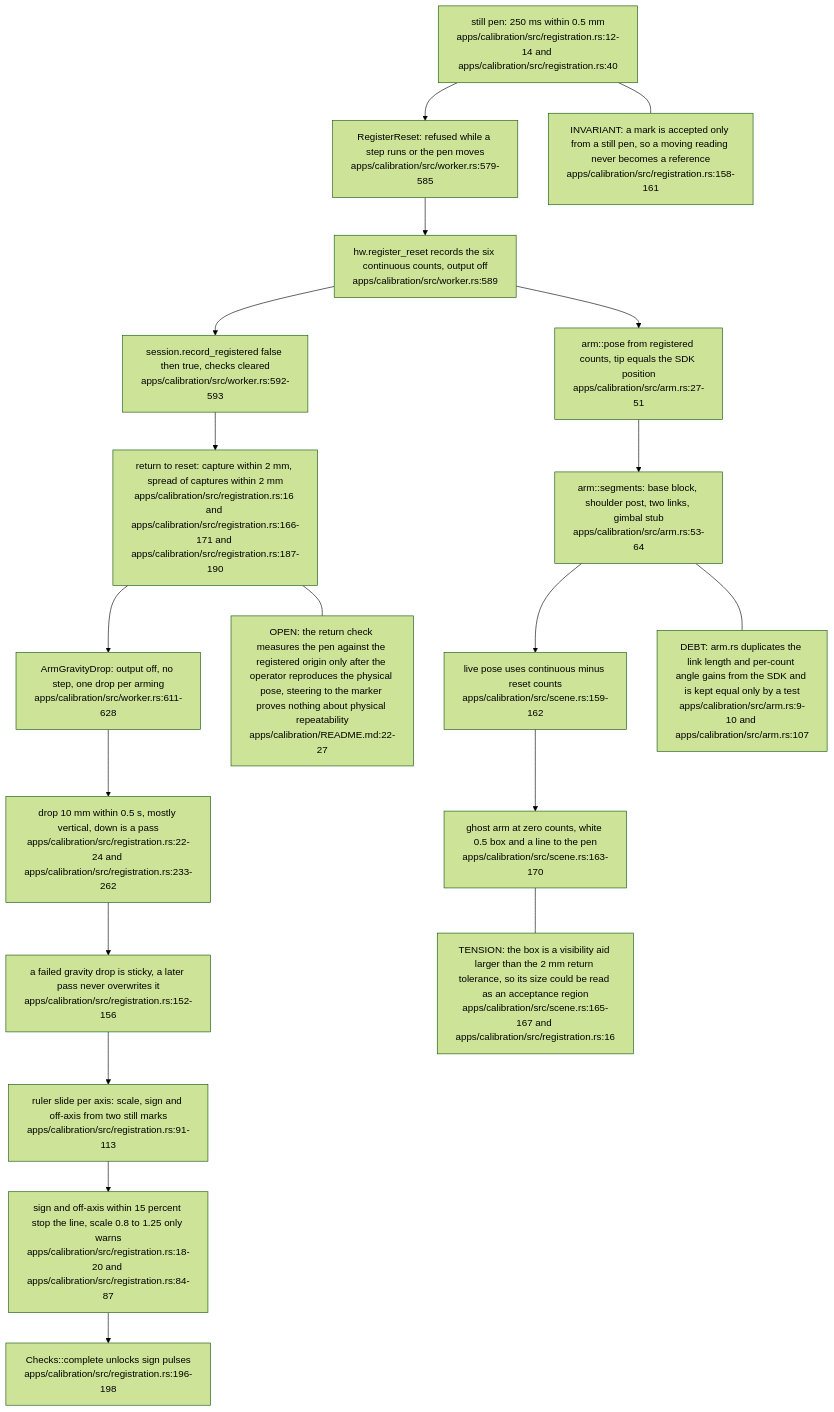
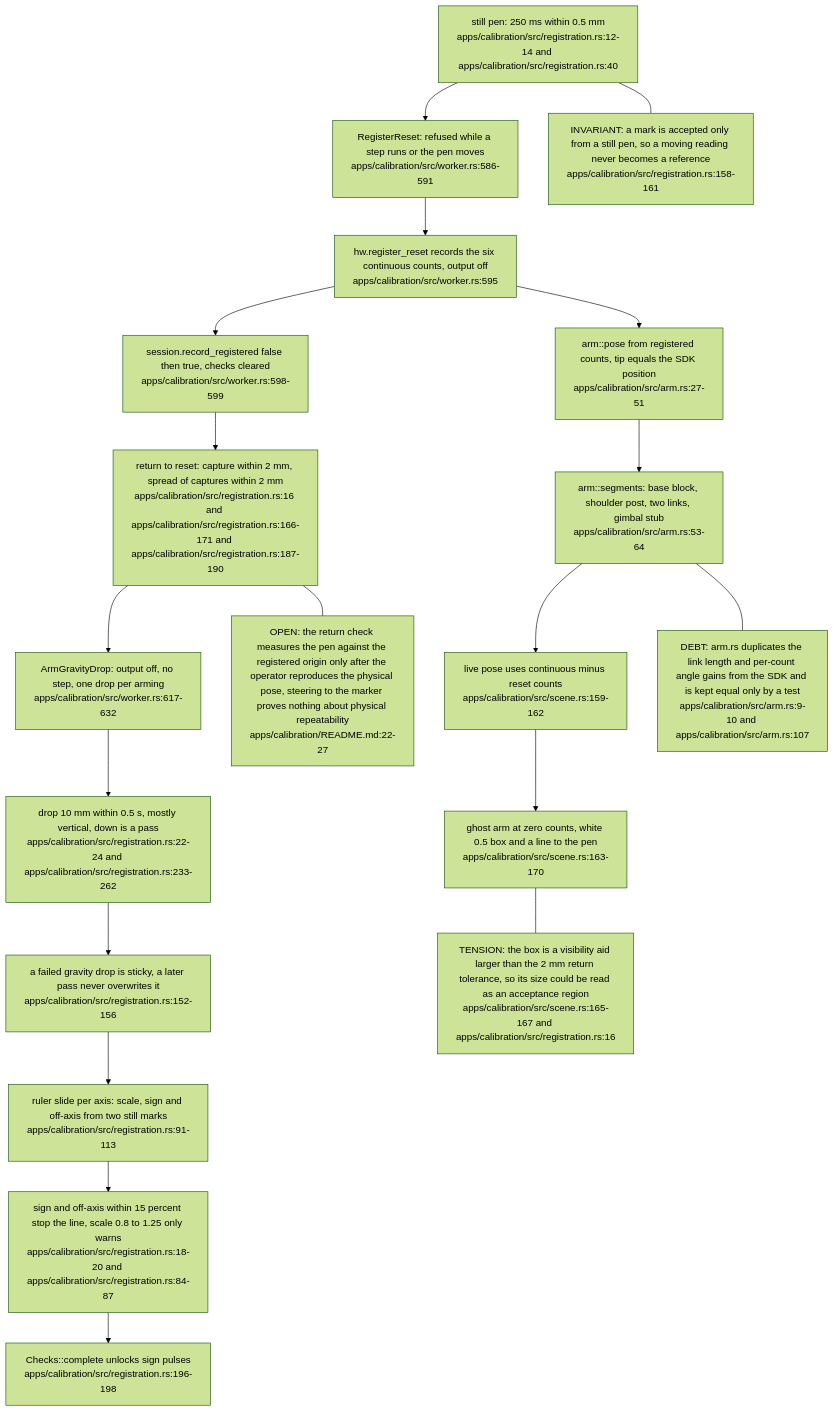
One commit to DreamLab-AI/VisionFlow changed the fourth of 6 diagrams in docs/diagrams/visiontouch-rs/08-calibration-studio-and-verification-ladder.md. Above: the diagram before and after it, drawn with Mermaid (forest theme). The commit also changed other lines of this file and 9 other files, not shown here.

Commit message:
docs(diagrams): re-stamp VT-01 to VT-08 at visiontouch-rs 77898bc

````diff
--- a/docs/diagrams/visiontouch-rs/08-calibration-studio-and-verification-ladder.md
+++ b/docs/diagrams/visiontouch-rs/08-calibration-studio-and-verification-ladder.md
@@ -170,40 +176,40 @@
 ```mermaid
 flowchart TB
     STILL["still pen: 250 ms within 0.5 mm<br/>apps/calibration/src/registration.rs:12-14 and apps/calibration/src/registration.rs:40"]
-    REGC["RegisterReset: refused while a step runs or the pen moves<br/>apps/calibration/src/worker.rs:579-585"]
-    SDK["hw.register_reset records the six continuous counts, output off<br/>apps/calibration/src/worker.rs:589"]
-    RESET["session.record_registered false then true, checks cleared<br/>apps/calibration/src/worker.rs:592-593"]
+    REGC["RegisterReset: refused while a step runs or the pen moves<br/>apps/calibration/src/worker.rs:586-591"]
+    SDK["hw.register_reset records the six continuous counts, output off<br/>apps/calibration/src/worker.rs:595"]
+    RESET["session.record_registered false then true, checks cleared<br/>apps/calibration/src/worker.rs:598-599"]
     RET["return to reset: capture within 2 mm, spread of captures within 2 mm<br/>apps/calibration/src/registration.rs:16 and apps/calibration/src/registration.rs:166-171 and apps/calibration/src/registration.rs:187-190"]
-    ARMG["ArmGravityDrop: output off, no step, one drop per arming<br/>apps/calibration/src/worker.rs:611-628"]
+    ARMG["ArmGravityDrop: output off, no step, one drop per arming<br/>apps/calibration/src/worker.rs:617-632"]
     GRAV["drop 10 mm within 0.5 s, mostly vertical, down is a pass<br/>apps/calibration/src/registration.rs:22-24 and apps/calibration/src/registration.rs:233-262"]
     STICKY["a failed gravity drop is sticky, a later pass never overwrites it<br/>apps/calibration/src/registration.rs:152-156"]
     RULER["ruler slide per axis: scale, sign and off-axis from two still marks<br/>apps/calibration/src/registration.rs:91-113"]
     RULEOK["sign and off-axis within 15 percent stop the line, scale 0.8 to 1.25 only warns<br/>apps/calibration/src/registration.rs:18-20 and apps/calibration/src/registration.rs:84-87"]
     DONE["Checks::complete unlocks sign pulses<br/>apps/calibration/src/registration.rs:196-198"]
     POSE["arm::pose from registered counts, tip equals the SDK position<br/>apps/calibration/src/arm.rs:27-51"]
     WIRE["arm::segments: base block, shoulder post, two links, gimbal stub<br/>apps/calibration/src/arm.rs:53-64"]
     LIVE["live pose uses continuous minus reset counts<br/>apps/calibration/src/scene.rs:159-162"]
     GHOST["ghost arm at zero counts, white 0.5 box and a line to the pen<br/>apps/calibration/src/scene.rs:163-170"]
     STILL --> REGC
     REGC --> SDK
     SDK --> RESET
     RESET --> RET
     RET --> ARMG
     ARMG --> GRAV
     GRAV --> STICKY
     STICKY --> RULER
     RULER --> RULEOK
     RULEOK --> DONE
     SDK --> POSE
     POSE --> WIRE
     WIRE --> LIVE
     LIVE --> GHOST
     N1["INVARIANT: a mark is accepted only from a still pen, so a moving reading never becomes a reference<br/>apps/calibration/src/registration.rs:158-161"]
     N2["DEBT: arm.rs duplicates the link length and per-count angle gains from the SDK and is kept equal only by a test<br/>apps/calibration/src/arm.rs:9-10 and apps/calibration/src/arm.rs:107"]
     N3["TENSION: the box is a visibility aid larger than the 2 mm return tolerance, so its size could be read as an acceptance region<br/>apps/calibration/src/scene.rs:165-167 and apps/calibration/src/registration.rs:16"]
     N4["OPEN: the return check measures the pen against the registered origin only after the operator reproduces the physical pose, steering to the marker proves nothing about physical repeatability<br/>apps/calibration/README.md:22-27"]
     STILL --- N1
     WIRE --- N2
     GHOST --- N3
     RET --- N4
 ```
````
